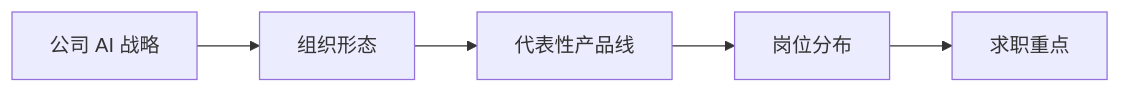
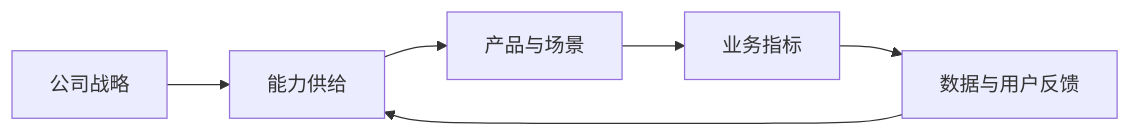
The first of 6 diagrams in docs/job/companies/index.md (AI-PM-Wiki/AIPM), drawn with Mermaid before and after one commit. The commit also changed other lines of this file and 248 other files, not shown here.

````diff
--- a/docs/job/companies/index.md
+++ b/docs/job/companies/index.md
@@ -12,7 +16,8 @@
 ```mermaid
 flowchart LR
-    A[公司 AI 战略] --> B[组织形态]
-    B --> C[代表性产品线]
-    C --> D[岗位分布]
-    D --> E[求职重点]
+    A[公司战略] --> B[能力供给]
+    B --> C[产品与场景]
+    C --> D[业务指标]
+    D --> E[数据与用户反馈]
+    E --> B
 ```
````
